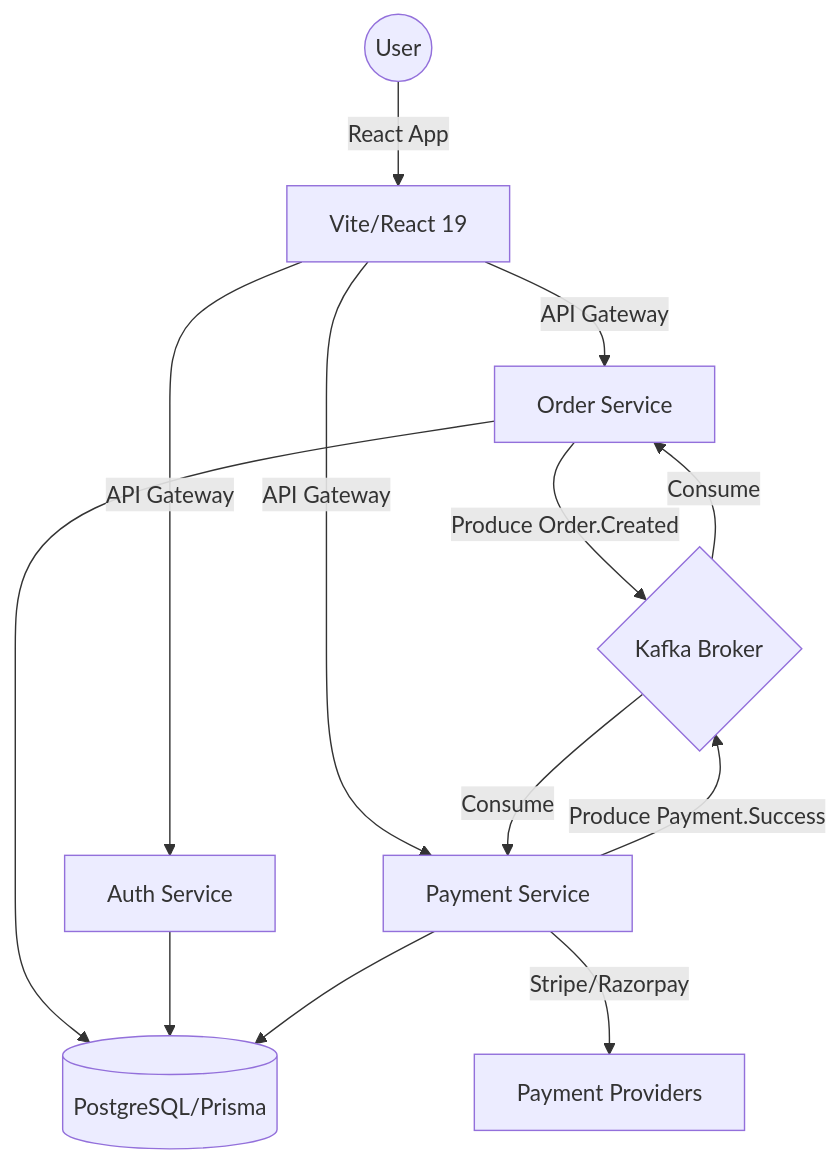
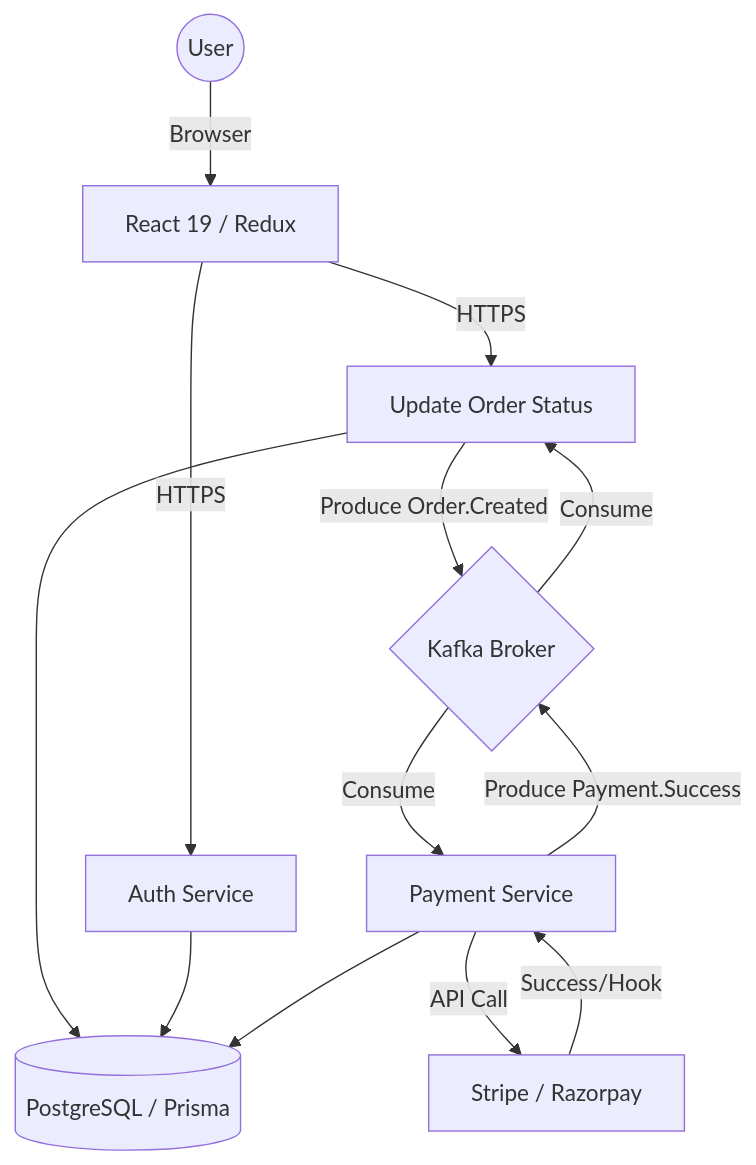
Before and after one commit to Nagaraj-06/foodie_app: the diagram in README.md, drawn with Mermaid. The commit also changed other lines of this file, not shown here.

````diff
--- a/README.md
+++ b/README.md
@@ -60,17 +137,19 @@
 ```mermaid
 graph TD
-    User((User)) -->|React App| Frontend[Vite/React 19]
-    Frontend -->|API Gateway| AuthS[Auth Service]
-    Frontend -->|API Gateway| OrderS[Order Service]
-    Frontend -->|API Gateway| PayS[Payment Service]
+    User((User)) -->|Browser| UI[React 19 / Redux]
+    UI -->|HTTPS| AuthS[Auth Service]
+    UI -->|HTTPS| OrderS[Order Service]
     
     OrderS -->|Produce Order.Created| Kafka{Kafka Broker}
-    Kafka -->|Consume| PayS
-    PayS -->|Stripe/Razorpay| External[Payment Providers]
+    Kafka -->|Consume| PayS[Payment Service]
+    
+    PayS -->|API Call| Stripe[Stripe / Razorpay]
+    Stripe -->|Success/Hook| PayS
+    
     PayS -->|Produce Payment.Success| Kafka
-    Kafka -->|Consume| OrderS
+    Kafka -->|Consume| OrderS[Update Order Status]
     
-    OrderS --> DB[(PostgreSQL/Prisma)]
+    OrderS --> DB[(PostgreSQL / Prisma)]
     AuthS --> DB
     PayS --> DB
 ```
````
